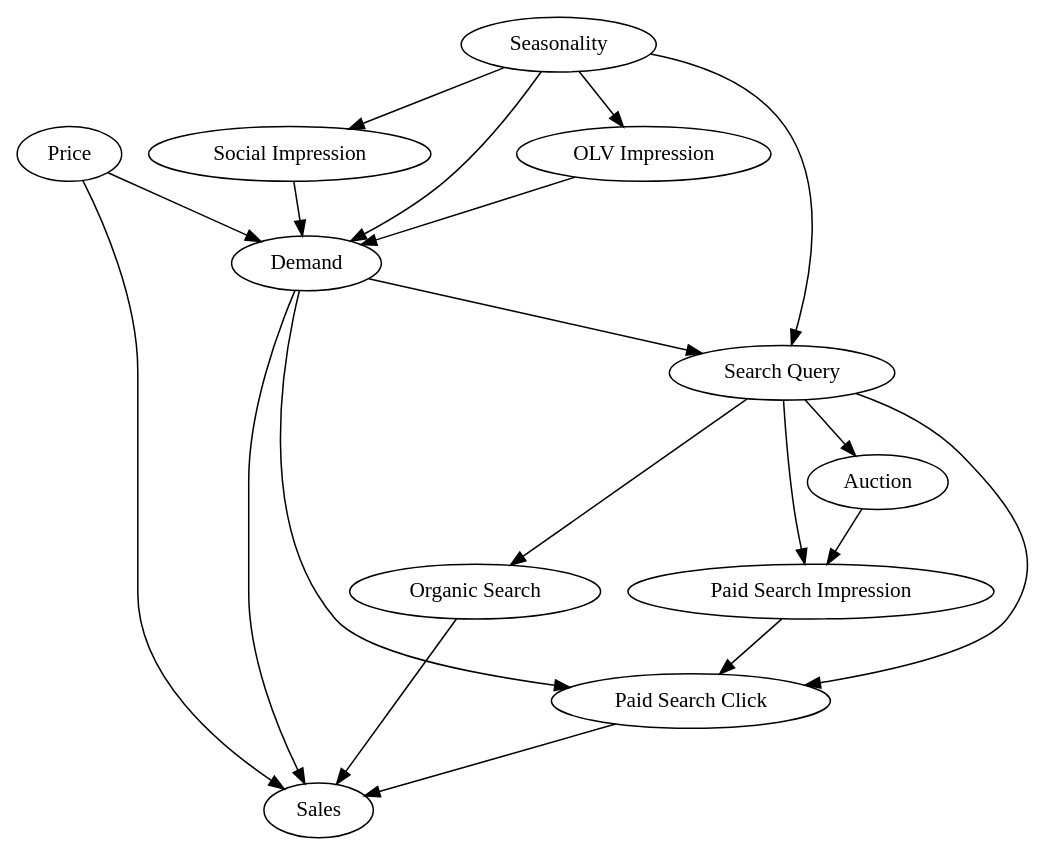
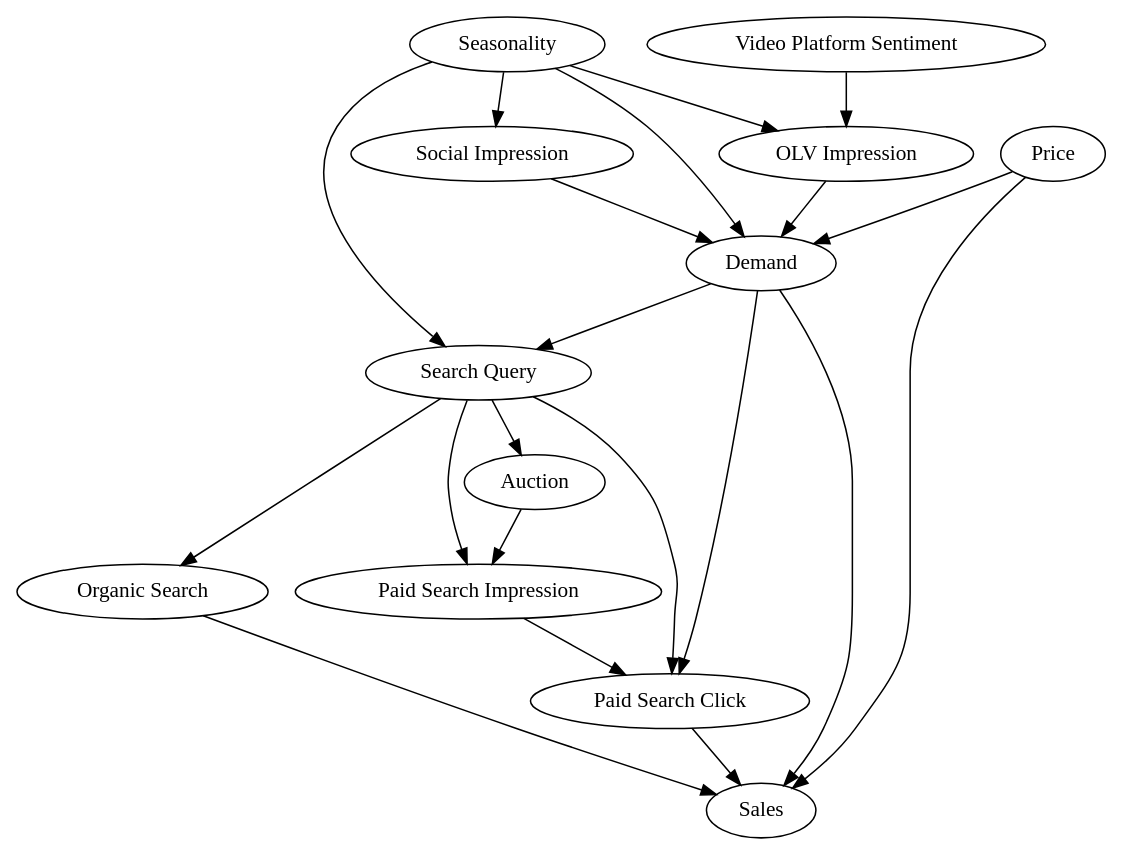
One commit to redam94/common_regression_issues changed the diagram in nbs/graphs/vifs/causal_graph.dot. Above: the diagram before and after it, drawn with Graphviz. The commit also changed 7 other files, not shown here.

```diff
--- a/nbs/graphs/vifs/causal_graph.dot
+++ b/nbs/graphs/vifs/causal_graph.dot
@@ -1,36 +1,23 @@
 digraph "Paid Media on Sales" {
-  //layout=sfdp;
-  splines=spline;
-  overlap=false;
-  start=1;
-  //Exposure
-  "Paid Search Impression";
-  //Outcome
-  Sales;
-  //Adjusted
-  Price, "Search Query";
-  //Un-Observed
-  "OLV Impression", "Social Impression"; 
-  "Paid Search Click", "Organic Search";
-  //Un-Observable
-  Seasonality, Demand, Auction;
+  Seasonality;
   Seasonality -> "OLV Impression";
+  "Video Platform Sentiment" -> "OLV Impression";
   "OLV Impression" -> Demand;
   Seasonality -> Demand;
   Seasonality -> "Social Impression";
   "Social Impression" -> Demand;
   "Search Query" -> Auction;
   "Search Query" -> "Paid Search Impression";
   Auction -> "Paid Search Impression";
   Demand -> "Search Query";
   Seasonality -> "Search Query";
   "Paid Search Impression" -> "Paid Search Click";
   Demand -> "Paid Search Click";
   "Search Query" -> "Paid Search Click";
   "Search Query" -> "Organic Search";
   "Organic Search" -> Sales;
   Demand -> Sales;
   "Paid Search Click" -> Sales;
   Price -> Demand;
   Price -> Sales;
 }
```
